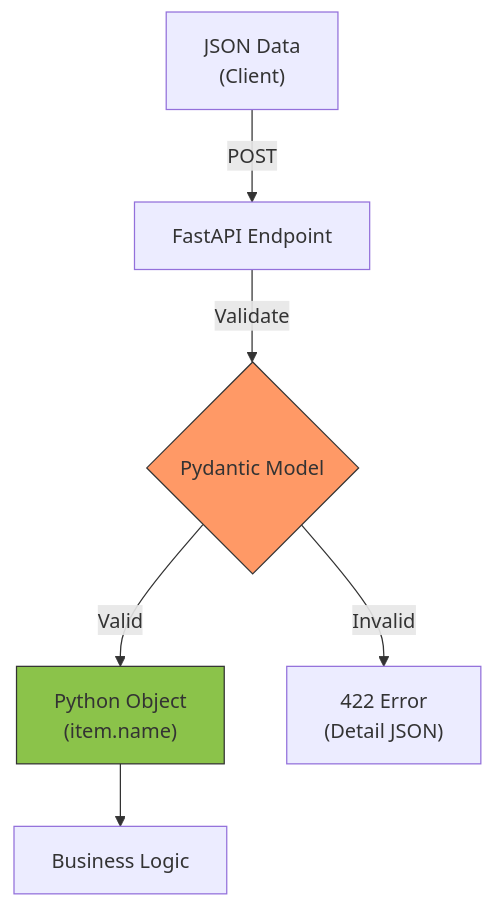
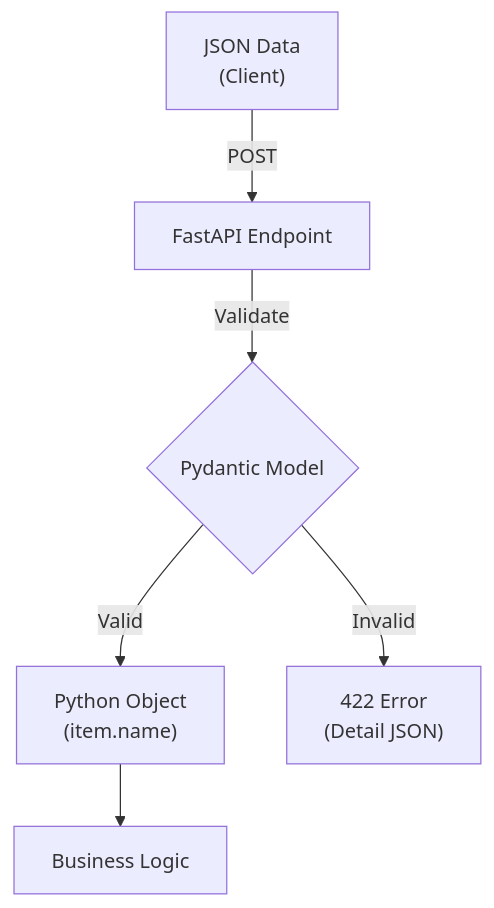
One commit to Devliang24/bloghub changed the diagram in fastapi/05-请求体.md. Above: the diagram before and after it, drawn with Mermaid. The commit also changed 8 other files, not shown here.

Commit message:
🎨 移除 Mermaid 流程图的节点颜色样式

````diff
--- a/fastapi/05-请求体.md
+++ b/fastapi/05-请求体.md
@@ -16,11 +16,9 @@
 ```mermaid
 graph TD
     JSON["JSON Data<br>(Client)"] -- POST --> API["FastAPI Endpoint"]
     API -- Validate --> Pydantic{Pydantic Model}
     Pydantic -- Valid --> PyObj["Python Object<br>(item.name)"]
     Pydantic -- Invalid --> Error["422 Error<br>(Detail JSON)"]
     PyObj --> Logic["Business Logic"]
     
-    style Pydantic fill:#f96,stroke:#333
-    style PyObj fill:#8bc34a,stroke:#333
 ```
````
